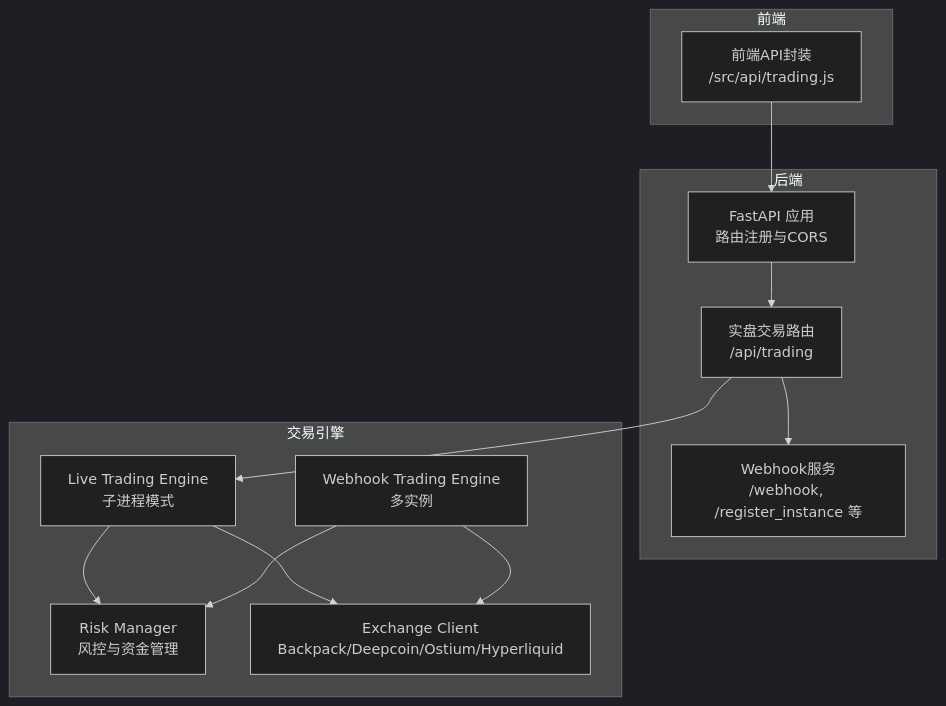
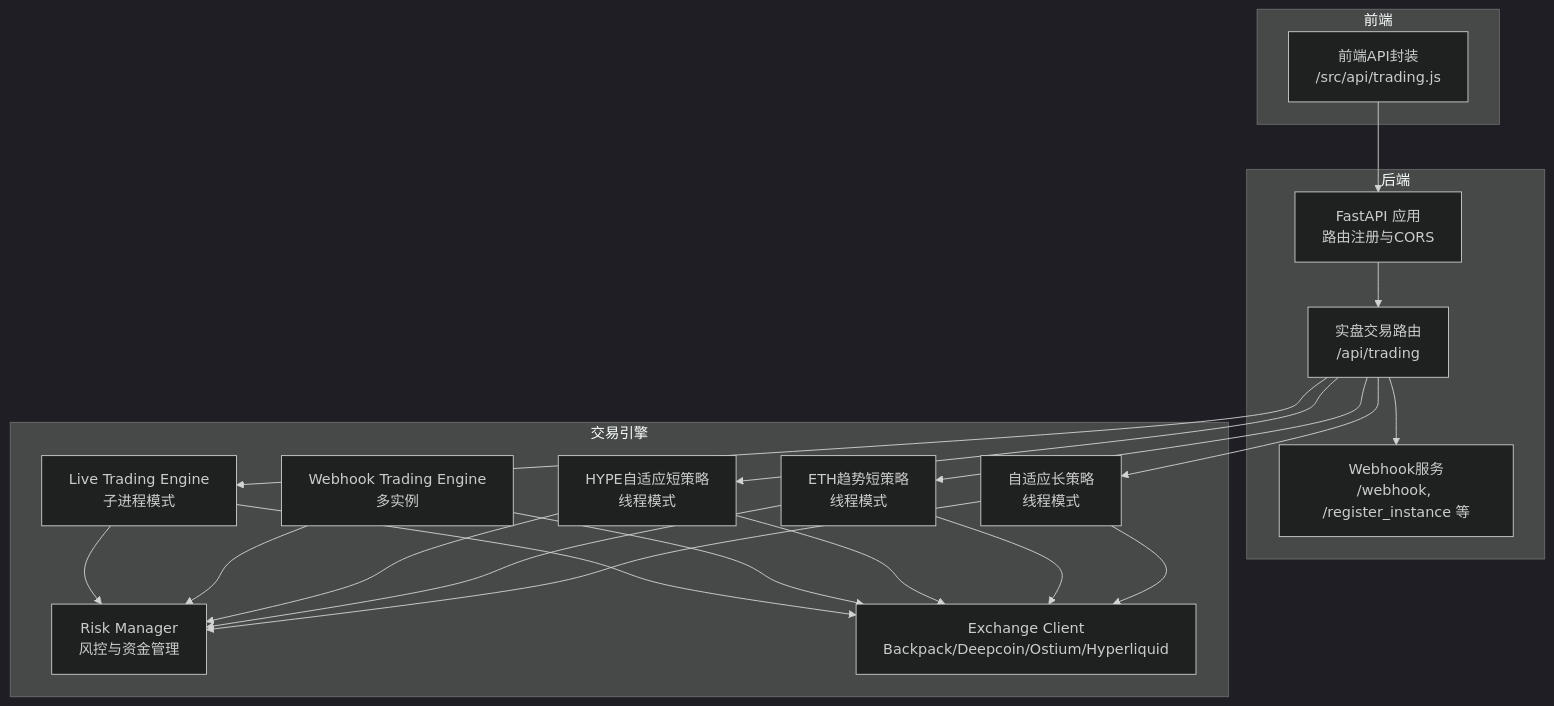
One commit to zyf266/ending changed the first of 4 diagrams in .qoder/repowiki/zh/content/API接口文档/实盘交易API.md. Above: the diagram before and after it, drawn with Mermaid (dark theme). The commit also changed other lines of this file and 63 other files, not shown here.

````diff
--- a/.qoder/repowiki/zh/content/API接口文档/实盘交易API.md
+++ b/.qoder/repowiki/zh/content/API接口文档/实盘交易API.md
@@ -36,25 +41,37 @@
 ```mermaid
 graph TB
 subgraph "后端"
 API["FastAPI 应用<br/>路由注册与CORS"]
 TR["实盘交易路由<br/>/api/trading"]
 WH["Webhook服务<br/>/webhook, /register_instance 等"]
 end
 subgraph "交易引擎"
 LT["Live Trading Engine<br/>子进程模式"]
 WT["Webhook Trading Engine<br/>多实例"]
 RM["Risk Manager<br/>风控与资金管理"]
 AC["Exchange Client<br/>Backpack/Deepcoin/Ostium/Hyperliquid"]
+HS["HYPE自适应短策略<br/>线程模式"]
+ETS["ETH趋势短策略<br/>线程模式"]
+ALS["自适应长策略<br/>线程模式"]
 end
 subgraph "前端"
 FE["前端API封装<br/>/src/api/trading.js"]
 end
 FE --> API
 API --> TR
 TR --> LT
 TR --> WH
+TR --> HS
+TR --> ETS
+TR --> ALS
 LT --> AC
 WT --> AC
+HS --> AC
+ETS --> AC
+ALS --> AC
 LT --> RM
 WT --> RM
+HS --> RM
+ETS --> RM
+ALS --> RM
 ```
````
